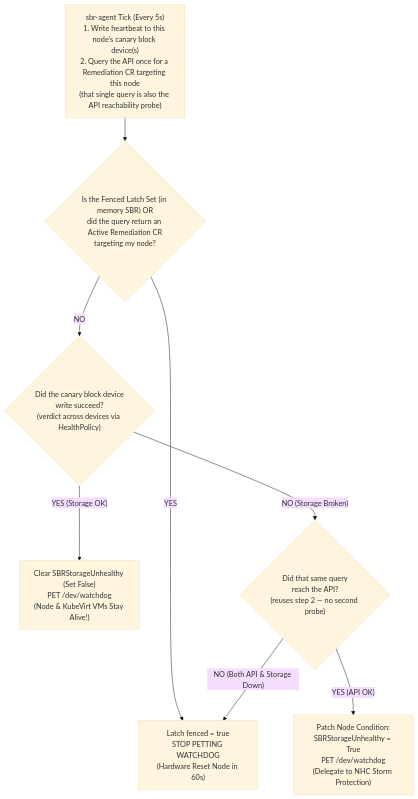
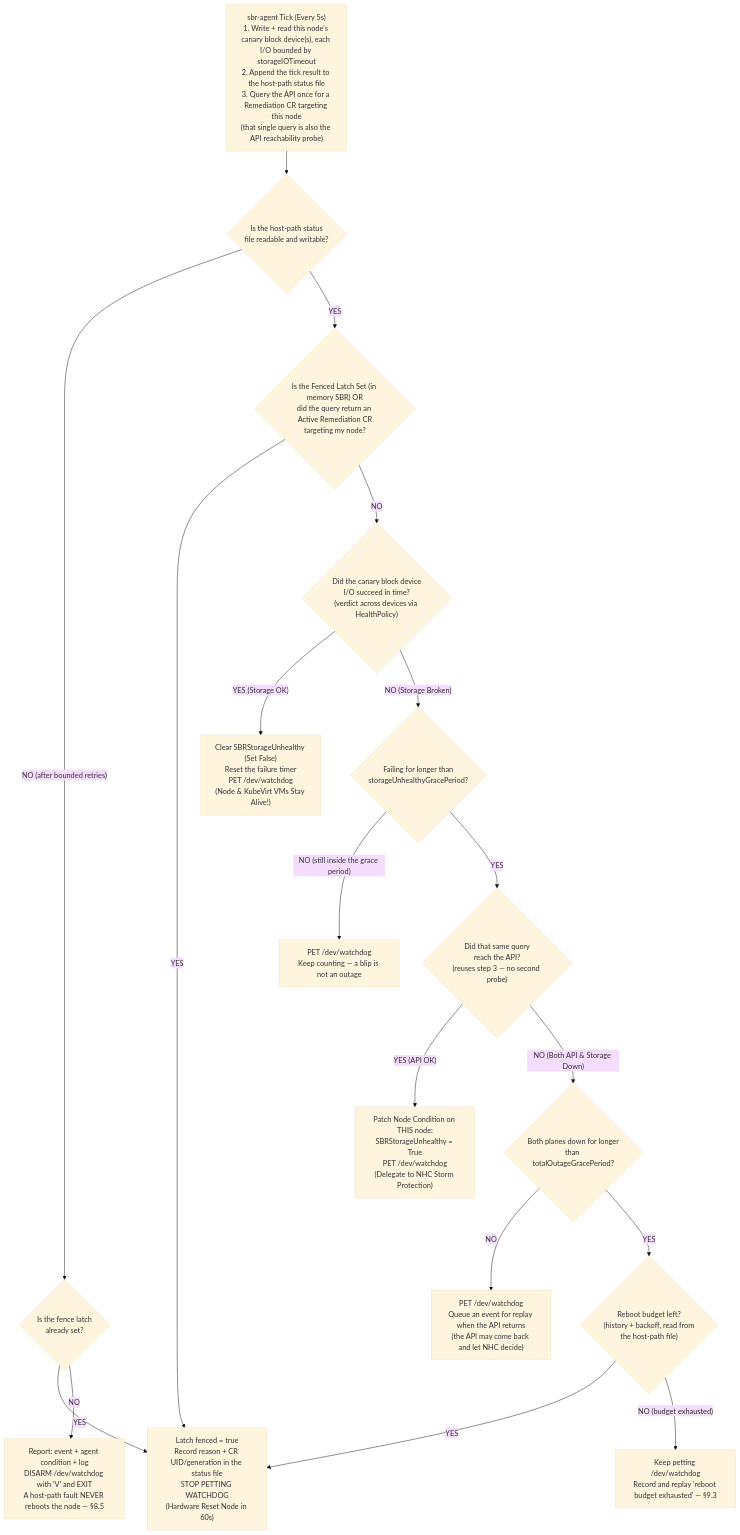
The fourth of 8 diagrams in docs/design/storage-arbitrated-remediation.md (mpryc/storage-based-remediation), drawn with Mermaid (base theme) before and after one commit. The commit also changed other lines of this file, not shown here.

````diff
--- a/docs/design/storage-arbitrated-remediation.md
+++ b/docs/design/storage-arbitrated-remediation.md
@@ -249,10 +283,20 @@
 ```mermaid
 flowchart TD
-  A["sbr-agent Tick (Every 5s)<br/>1. Write heartbeat to this node's canary block device(s)<br/>2. Query the API once for a Remediation CR targeting this node<br/>(that single query is also the API reachability probe)"] --> B{"Is the Fenced Latch Set (in memory SBR) OR<br/>did the query return an Active Remediation CR<br/>targeting my node?"}
-  B -- "YES" --> C["Latch fenced = true<br/>STOP PETTING WATCHDOG<br/>(Hardware Reset Node in 60s)"]
-  B -- "NO" --> D{"Did the canary block device<br/>write succeed?<br/>(verdict across devices via HealthPolicy)"}
-  D -- "YES (Storage OK)" --> E["Clear SBRStorageUnhealthy (Set False)<br/>PET /dev/watchdog<br/>(Node & KubeVirt VMs Stay Alive!)"]
-  D -- "NO (Storage Broken)" --> F{"Did that same query<br/>reach the API?<br/>(reuses step 2 — no second probe)"}
-  F -- "YES (API OK)" --> G["Patch Node Condition:<br/>SBRStorageUnhealthy = True<br/>PET /dev/watchdog<br/>(Delegate to NHC Storm Protection)"]
-  F -- "NO (Both API & Storage Down)" --> C
+  A["sbr-agent Tick (Every 5s)<br/>1. Write + read this node's canary block device(s), each I/O bounded by storageIOTimeout<br/>2. Append the tick result to the host-path status file<br/>3. Query the API once for a Remediation CR targeting this node<br/>(that single query is also the API reachability probe)"] --> HP{"Is the host-path status<br/>file readable and writable?"}
+  HP -- "NO (after bounded retries)" --> HPL{"Is the fence latch<br/>already set?"}
+  HPL -- "YES" --> C
+  HPL -- "NO" --> HPX["Report: event + agent condition + log<br/>DISARM /dev/watchdog with 'V' and EXIT<br/>A host-path fault NEVER reboots the node — §8.5"]
+  HP -- "YES" --> B{"Is the Fenced Latch Set (in memory SBR) OR<br/>did the query return an Active Remediation CR<br/>targeting my node?"}
+  B -- "YES" --> C["Latch fenced = true<br/>Record reason + CR UID/generation in the status file<br/>STOP PETTING WATCHDOG<br/>(Hardware Reset Node in 60s)"]
+  B -- "NO" --> D{"Did the canary block device<br/>I/O succeed in time?<br/>(verdict across devices via HealthPolicy)"}
+  D -- "YES (Storage OK)" --> E["Clear SBRStorageUnhealthy (Set False)<br/>Reset the failure timer<br/>PET /dev/watchdog<br/>(Node & KubeVirt VMs Stay Alive!)"]
+  D -- "NO (Storage Broken)" --> D2{"Failing for longer than<br/>storageUnhealthyGracePeriod?"}
+  D2 -- "NO (still inside the grace period)" --> E2["PET /dev/watchdog<br/>Keep counting — a blip is not an outage"]
+  D2 -- "YES" --> F{"Did that same query<br/>reach the API?<br/>(reuses step 3 — no second probe)"}
+  F -- "YES (API OK)" --> G["Patch Node Condition on THIS node:<br/>SBRStorageUnhealthy = True<br/>PET /dev/watchdog<br/>(Delegate to NHC Storm Protection)"]
+  F -- "NO (Both API & Storage Down)" --> H{"Both planes down for longer<br/>than totalOutageGracePeriod?"}
+  H -- "NO" --> I["PET /dev/watchdog<br/>Queue an event for replay when the API returns<br/>(the API may come back and let NHC decide)"]
+  H -- "YES" --> J{"Reboot budget left?<br/>(history + backoff, read from<br/>the host-path file)"}
+  J -- "YES" --> C
+  J -- "NO (budget exhausted)" --> K["Keep petting /dev/watchdog<br/>Record and replay 'reboot budget exhausted' — §9.3"]
 ```
````
